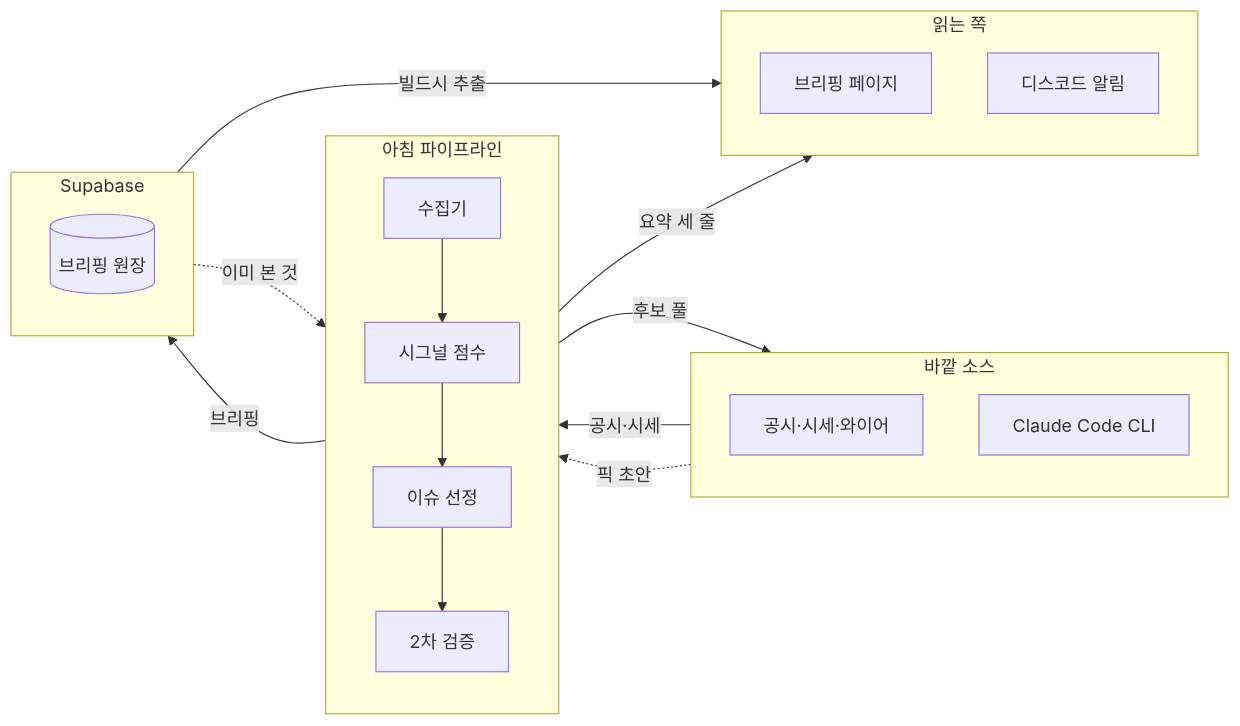
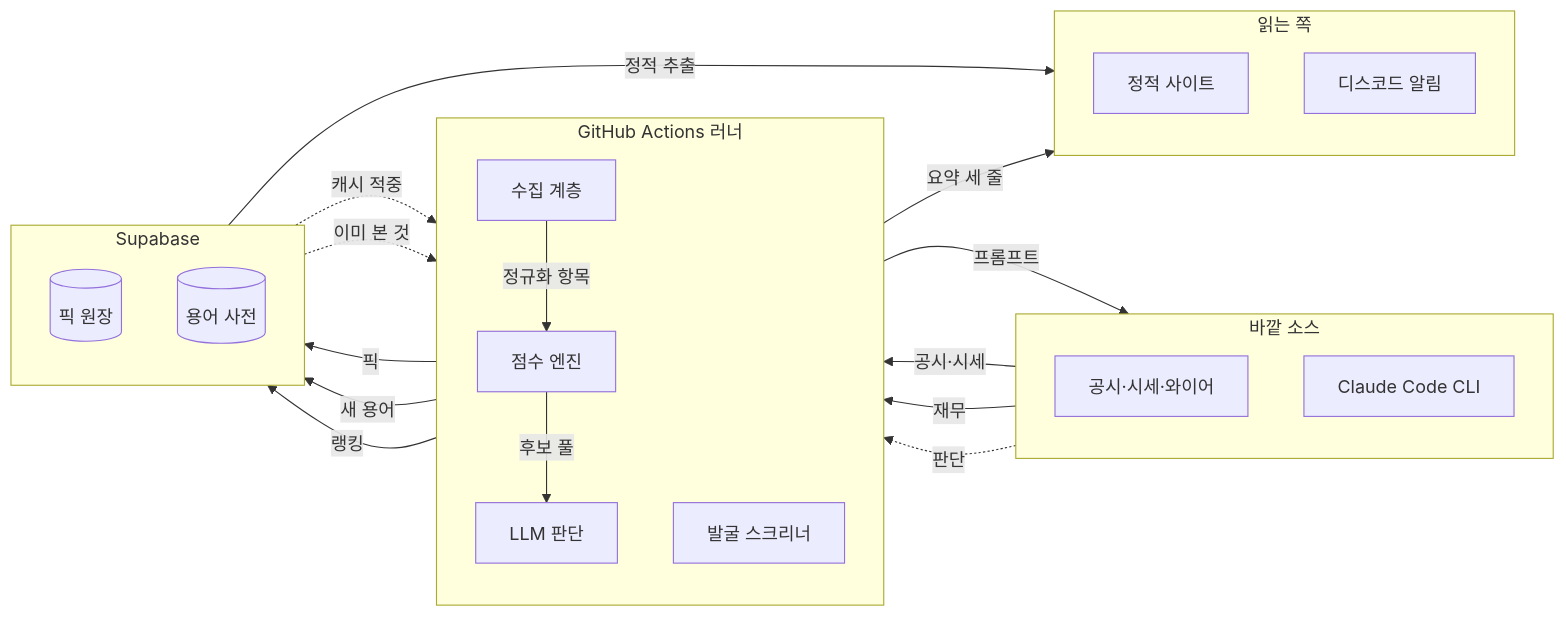
The diagram in projects/daily-brief/portfolio.md (P0it/dev-blog), drawn with Mermaid before and after one commit. The commit also changed other lines of this file and 5 other files, not shown here.

First line of the commit message:
lab: 목록 카드도 긴 캡처를 훑어 내리고, 데일리 브리핑 구조도·로고 교체

````diff
--- a/projects/daily-brief/portfolio.md
+++ b/projects/daily-brief/portfolio.md
@@ -145,30 +145,38 @@
 ```mermaid
 flowchart LR
   subgraph 바깥[바깥 소스]
     direction TB
     SRC[공시·시세·와이어]
-    LLM[Claude Code CLI]
+    CLI[Claude Code CLI]
   end
-  subgraph 파이프[아침 파이프라인]
+  subgraph 러너[GitHub Actions 러너]
     direction TB
-    COL[수집기] --> SCORE[시그널 점수]
-    SCORE --> PICK[이슈 선정]
-    PICK --> VERIFY[2차 검증]
+    COL[수집 계층]
+    RANK[점수 엔진]
+    JUDGE[LLM 판단]
+    SCREEN[발굴 스크리너]
   end
   subgraph 원장[Supabase]
     direction TB
-    DB[(브리핑 원장)]
+    LEDGER[(픽 원장)]
+    DICT[(용어 사전)]
   end
   subgraph 읽는쪽[읽는 쪽]
     direction TB
-    WEB[브리핑 페이지]
+    SITE[정적 사이트]
     DC[디스코드 알림]
   end
   SRC -->|공시·시세| COL
-  PICK -->|후보 풀| LLM
-  LLM -.->|픽 초안| VERIFY
-  VERIFY -->|브리핑| DB
-  VERIFY -->|요약 세 줄| DC
-  DB -->|빌드시 추출| WEB
-  DB -.->|이미 본 것| COL
+  SRC -->|재무| SCREEN
+  COL -->|정규화 항목| RANK
+  RANK -->|후보 풀| JUDGE
+  JUDGE -->|프롬프트| CLI
+  CLI -.->|판단| JUDGE
+  JUDGE -->|픽| LEDGER
+  JUDGE -->|새 용어| DICT
+  SCREEN -->|랭킹| LEDGER
+  DICT -.->|캐시 적중| JUDGE
+  LEDGER -.->|이미 본 것| COL
+  LEDGER -->|정적 추출| SITE
+  JUDGE -->|요약 세 줄| DC
 ```
````
